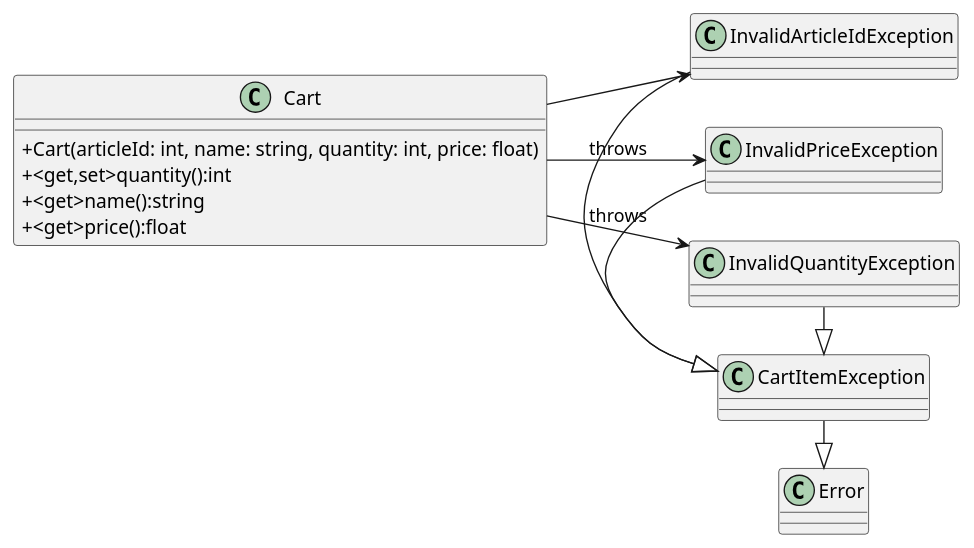
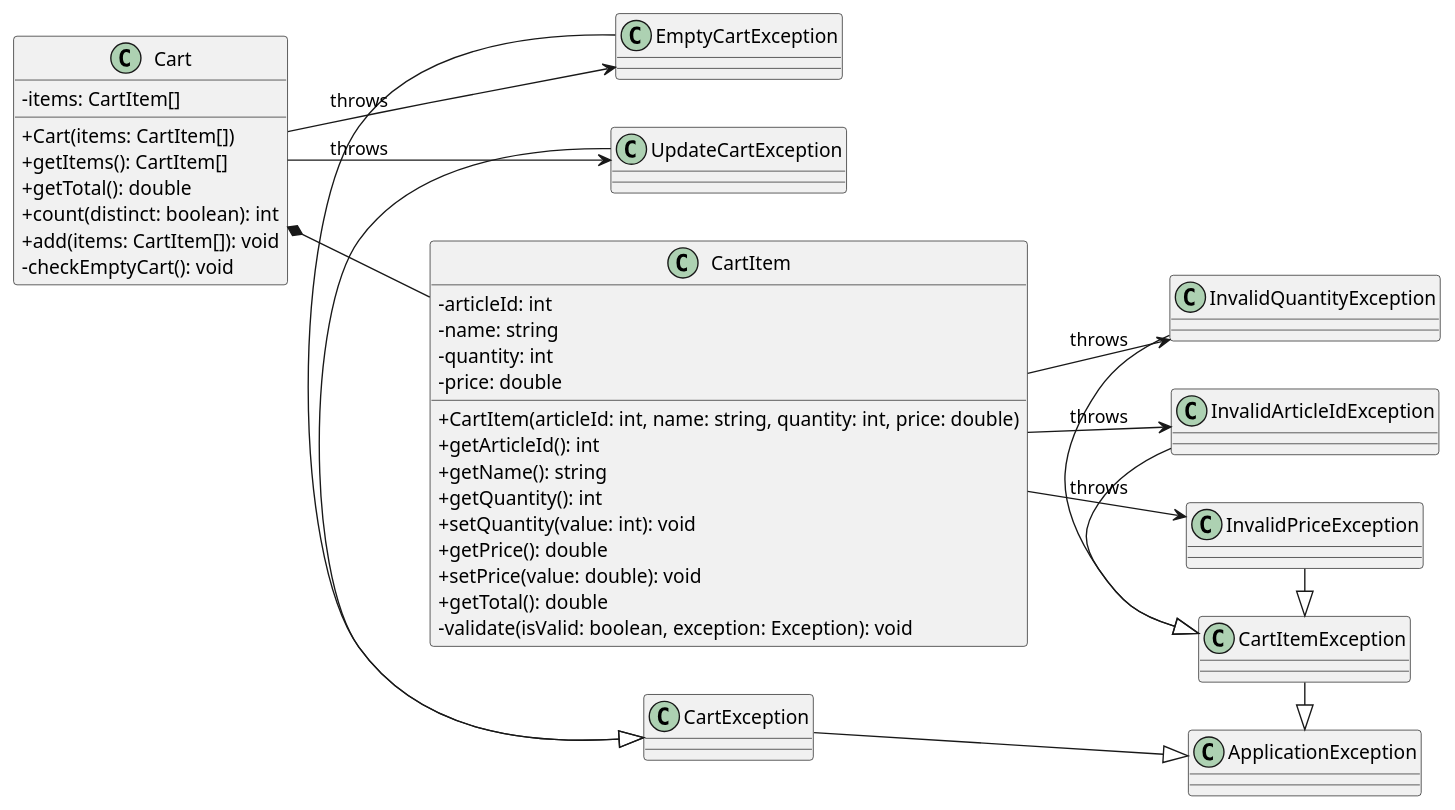
One commit to EthannSchneider/Shopping changed the diagram in docs/class-diagram.puml. Above: the diagram before and after it, drawn with PlantUML.

Commit message:
docs: update plantUML class diagram to reflect Cart and CartItem structure with exception handling

```diff
--- a/docs/class-diagram.puml
+++ b/docs/class-diagram.puml
@@ -1,31 +1,64 @@
 @startuml
 
 left to right direction
 skinparam classAttributeIconSize 0
 
 'Classes declaration
-class Cart{
-   +Cart(articleId: int, name: string, quantity: int, price: float)
-   +<get,set>quantity():int
-   +<get>name():string
-   +<get>price():float
+class CartItem {
+   - articleId: int
+   - name: string
+   - quantity: int
+   - price: double
+   + CartItem(articleId: int, name: string, quantity: int, price: double)
+   + getArticleId(): int
+   + getName(): string
+   + getQuantity(): int
+   + setQuantity(value: int): void
+   + getPrice(): double
+   + setPrice(value: double): void
+   + getTotal(): double
+   - validate(isValid: boolean, exception: Exception): void
 }
 
-class Error{}
-class CartItemException{}
-class InvalidArticleIdException{}
-class InvalidQuantityException{}
-class InvalidPriceException{}
+class Cart {
+   - items: CartItem[]
+   + Cart(items: CartItem[])
+   + getItems(): CartItem[]
+   + getTotal(): double
+   + count(distinct: boolean): int
+   + add(items: CartItem[]): void
+   - checkEmptyCart(): void
+}
+
+class EmptyCartException {}
+class UpdateCartException {}
+class CartException {}
+class InvalidArticleIdException {}
+class InvalidPriceException {}
+class InvalidQuantityException {}
+class CartItemException {}
+class ApplicationException {}
 
 'Relations
-Cart --> InvalidArticleIdException
-Cart --> InvalidQuantityException : throws
-Cart --> InvalidPriceException : throws
+Cart *-- CartItem
 
 'Exception inheritance
 InvalidArticleIdException -|> CartItemException
 InvalidPriceException -|> CartItemException
 InvalidQuantityException -|> CartItemException
-CartItemException -|> Error
+
+EmptyCartException -|> CartException
+UpdateCartException -|> CartException
+
+CartException -|> ApplicationException
+CartItemException -|> ApplicationException
+
+'Exception throws
+CartItem --> InvalidArticleIdException : throws
+CartItem --> InvalidPriceException : throws
+CartItem --> InvalidQuantityException : throws
+
+Cart --> EmptyCartException : throws
+Cart --> UpdateCartException : throws
 
 @enduml
```
